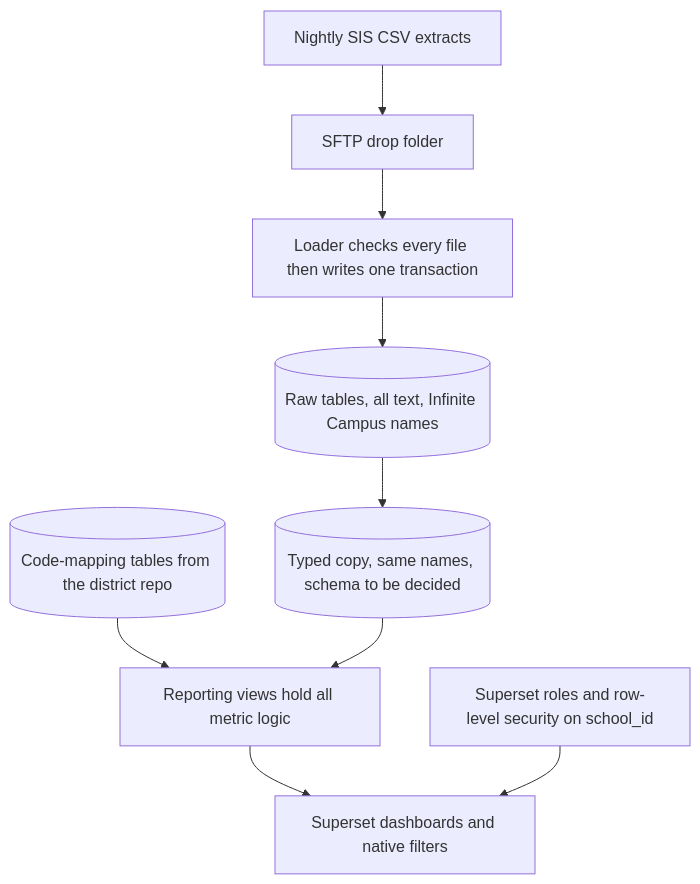
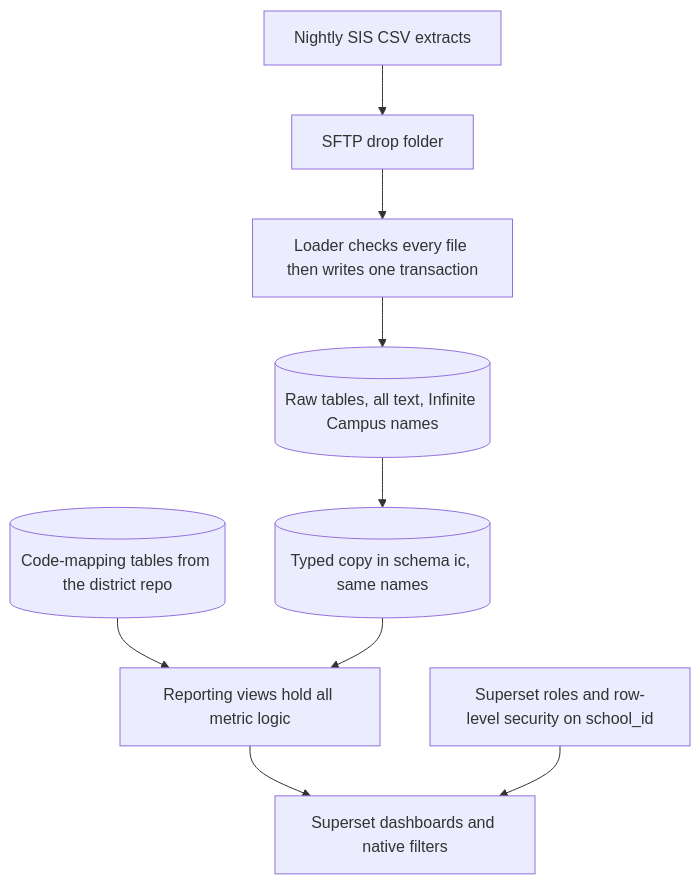
Before and after one commit to adukes40/campusview: the first of 2 diagrams in docs/ARCHITECTURE.md, drawn with Mermaid. The commit also changed other lines of this file and 7 other files, not shown here.

Commit message:
Docs: typed copy lives in schema ic; bad keys and unknown codes warn and keep loading

````diff
--- a/docs/ARCHITECTURE.md
+++ b/docs/ARCHITECTURE.md
@@ -9,18 +9,18 @@
 ```mermaid
 flowchart TD
   extracts[Nightly SIS CSV extracts]
   sftp[SFTP drop folder]
   loader[Loader checks every file then writes one transaction]
   raw[(Raw tables, all text, Infinite Campus names)]
-  typed[(Typed copy, same names, schema to be decided)]
+  typed[(Typed copy in schema ic, same names)]
   maps[(Code-mapping tables from the district repo)]
   views[Reporting views hold all metric logic]
   superset[Superset dashboards and native filters]
   roles[Superset roles and row-level security on school_id]
 
   extracts --> sftp --> loader --> raw --> typed
   maps --> views
   typed --> views
   views --> superset
   roles --> superset
 ```
````
